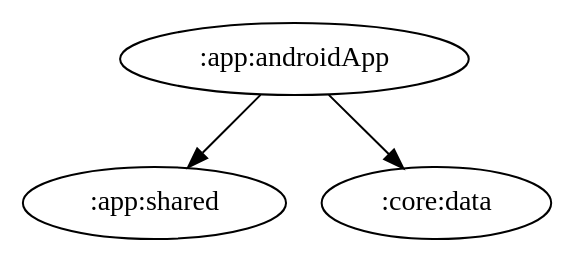
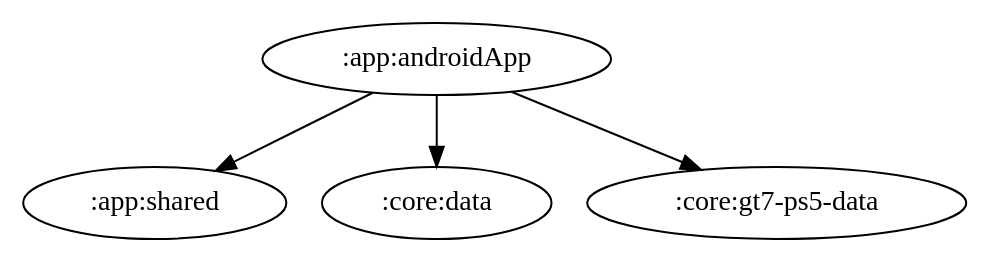
Before and after one commit to ai-kurou/KoDriver: the diagram in docs/graphs/app-androidApp.gv, drawn with Graphviz. The commit also changed 5 other files, not shown here.

Commit message:
chore: update module graph images

```diff
--- a/docs/graphs/app-androidApp.gv
+++ b/docs/graphs/app-androidApp.gv
@@ -1,5 +1,6 @@
 digraph G {
   rankdir=TB
   ":app:androidApp" -> ":app:shared"
   ":app:androidApp" -> ":core:data"
+  ":app:androidApp" -> ":core:gt7-ps5-data"
 }
```
